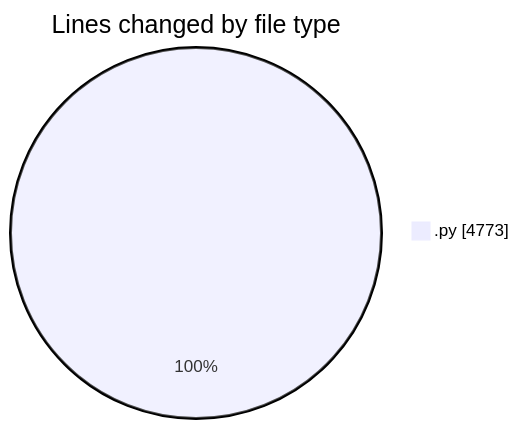
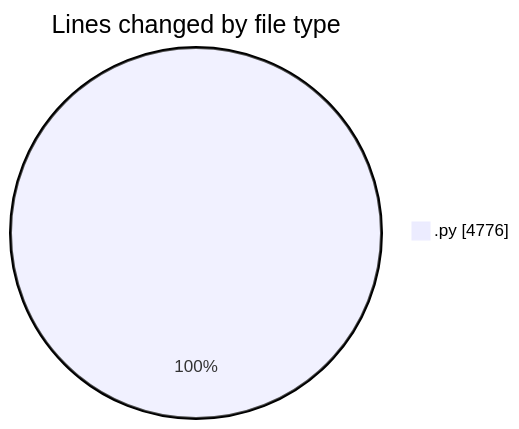
One commit to MatusMokan/code-tracking changed the first of 2 diagrams in 2025-05-08/myws__workspace_/README.md. Above: the diagram before and after it, drawn with Mermaid. The commit also changed other lines of this file and 1 other file, not shown here.

````diff
--- a/2025-05-08/myws__workspace_/README.md
+++ b/2025-05-08/myws__workspace_/README.md
@@ -24,5 +24,5 @@
 ```mermaid
 pie showData
 title Lines changed by file type
-".py" : 4773
+".py" : 4776
 ```
````
